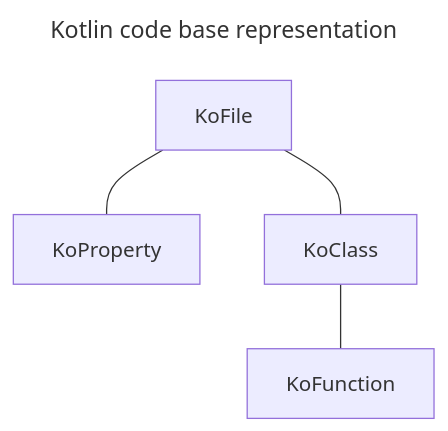
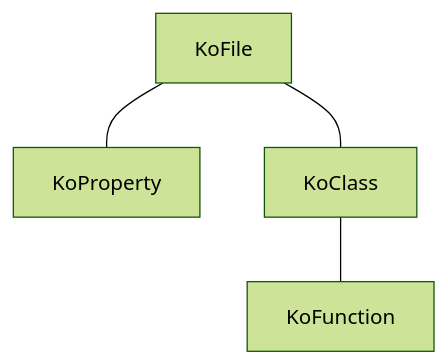
Before and after one commit to LemonAppDev/konsist-documentation: the diagram in features/declaration.md, drawn with Mermaid. The commit also changed other lines of this file and 3 other files, not shown here.

````diff
--- a/features/declaration.md
+++ b/features/declaration.md
@@ -24,11 +24,8 @@
 ```mermaid
----
-title: Kotlin code base representation
----
-
+%%{init: {'theme':'forest'}}%%
 flowchart TD
     KoFile
     KoFile---KoProperty
     KoFile---KoClass
     KoClass---KoFunction
 ```
````
